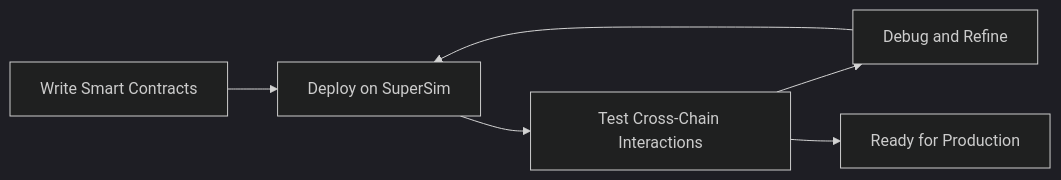
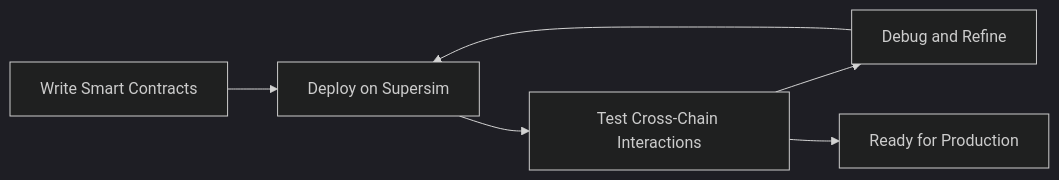
The first of 2 diagrams in pages/stack/protocol/interop/supersim.mdx (ethereum-optimism/docs), drawn with Mermaid (dark theme) before and after one commit. The commit also changed other lines of this file and 5 other files, not shown here.

````diff
--- a/pages/stack/protocol/interop/supersim.mdx
+++ b/pages/stack/protocol/interop/supersim.mdx
@@ -19,8 +19,8 @@
 ```mermaid
 graph LR
-    A[Write Smart Contracts] --> B[Deploy on SuperSim]
+    A[Write Smart Contracts] --> B[Deploy on Supersim]
     B --> C[Test Cross-Chain Interactions]
     C --> D[Debug and Refine]
     D --> B
     C --> E[Ready for Production]
 ```
````
